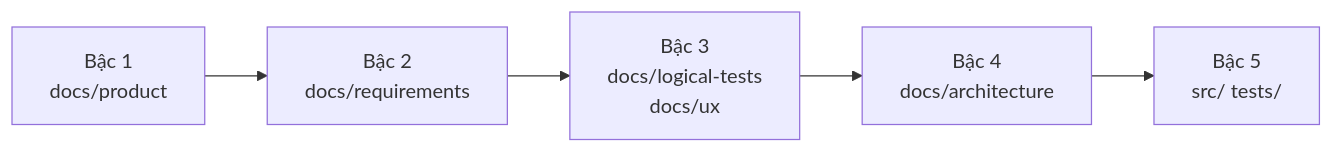
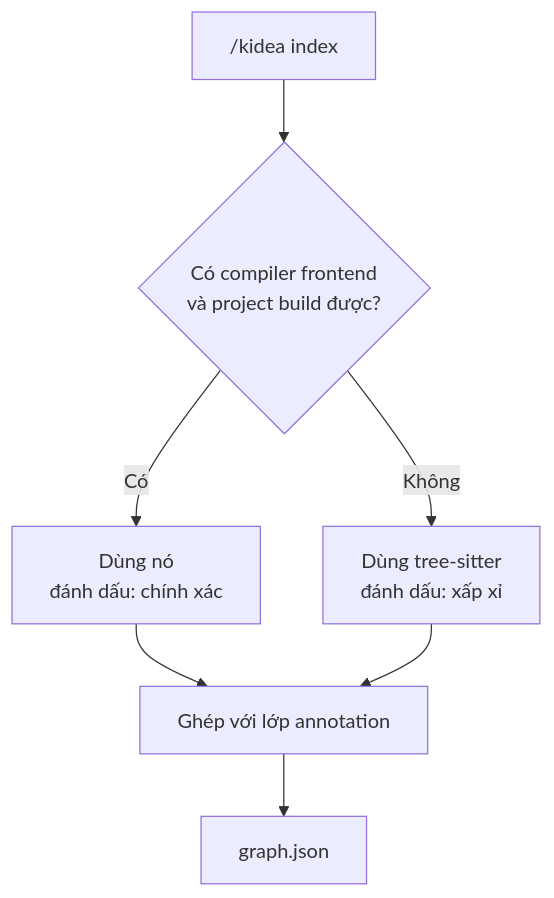
Before and after one commit to Kynderis/kendrick-ai-tools: the second of 2 diagrams in answer.md, drawn with Mermaid. The commit also changed other lines of this file and 4 other files, not shown here.

````diff
--- a/answer.md
+++ b/answer.md
@@ -27,7 +111,9 @@
 ```mermaid
-flowchart LR
-    S1["Bậc 1<br/>docs/product"] --> S2["Bậc 2<br/>docs/requirements"]
-    S2 --> S3["Bậc 3<br/>docs/logical-tests<br/>docs/ux"]
-    S3 --> S4["Bậc 4<br/>docs/architecture"]
-    S4 --> S5["Bậc 5<br/>src/ tests/"]
+flowchart TD
+    A["/kidea index"] --> B{"Có compiler frontend<br/>và project build được?"}
+    B -- "Có" --> C["Dùng nó<br/>đánh dấu: chính xác"]
+    B -- "Không" --> D["Dùng tree-sitter<br/>đánh dấu: xấp xỉ"]
+    C --> E["Ghép với lớp annotation"]
+    D --> E
+    E --> F["graph.json"]
 ```
````
